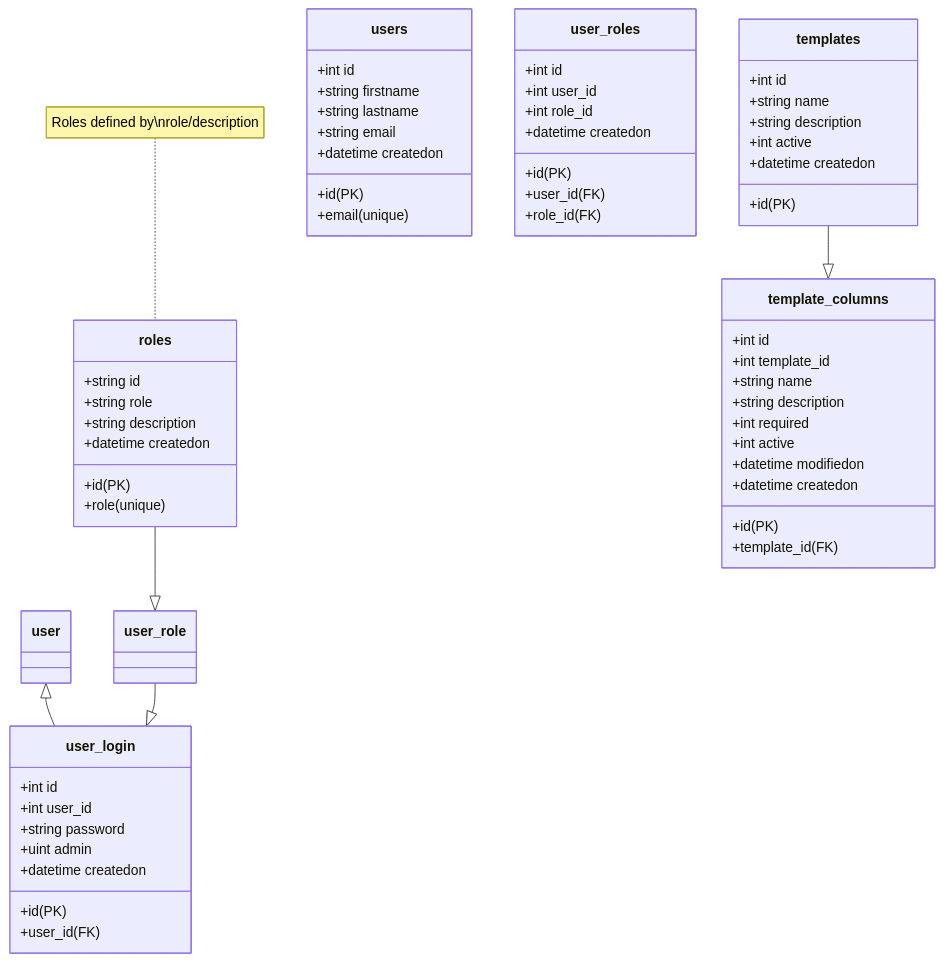
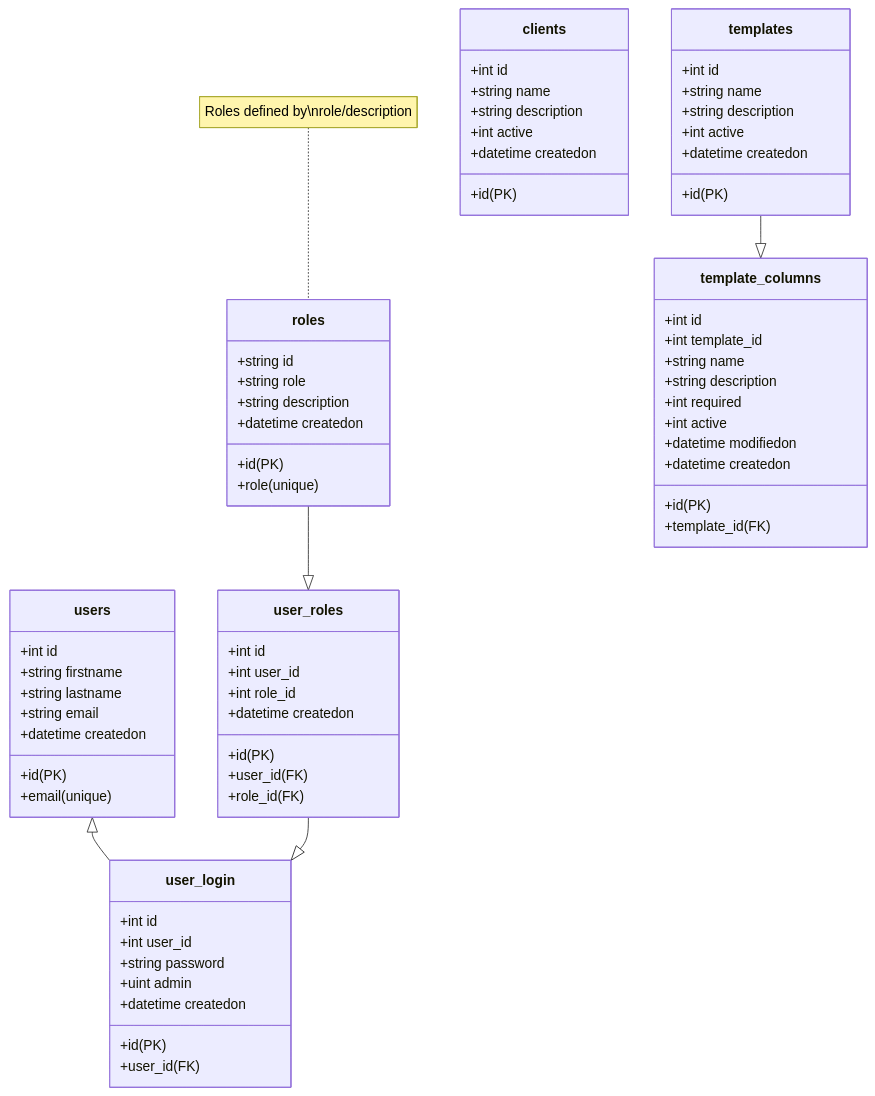
The diagram in docs/database.md (Silberman-Law/mkdocs-aap), drawn with Mermaid before and after one commit.

Commit message:
added to db

````diff
--- a/docs/database.md
+++ b/docs/database.md
@@ -6,63 +6,71 @@
 ```mermaid
 classDiagram
-    user <|-- user_login
-    user_role --|> user_login
-    roles --|> user_role
+    users <|-- user_login
+    user_roles --|> user_login
+    roles --|> user_roles
     note for roles "Roles defined by\nrole/description"
     templates --|> template_columns
     class users {
         +int id
         +string firstname
         +string lastname
         +string email
         +datetime createdon
         +id(PK)
         +email(unique)
     }
     class user_roles {
         +int id
         +int user_id
         +int role_id
         +datetime createdon
         +id(PK)
         +user_id(FK)
         +role_id(FK)
     }
     class user_login {
         +int id
         +int user_id
         +string password
         +uint admin
         +datetime createdon
         +id(PK)
         +user_id(FK)
     }
     class roles {
         +string id
         +string role
         +string description
         +datetime createdon
         +id(PK)
         +role(unique)
     }
     class templates {
         +int id
         +string name
         +string description
         +int active
         +datetime createdon
         +id(PK)
     }
     class template_columns {
         +int id
         +int template_id
         +string name
         +string description
         +int required
         +int active
         +datetime modifiedon
         +datetime createdon
         +id(PK)
         +template_id(FK)
     }
+    class clients {
+        +int id
+        +string name
+        +string description
+        +int active
+        +datetime createdon
+        +id(PK)
+    }
 ```
````
